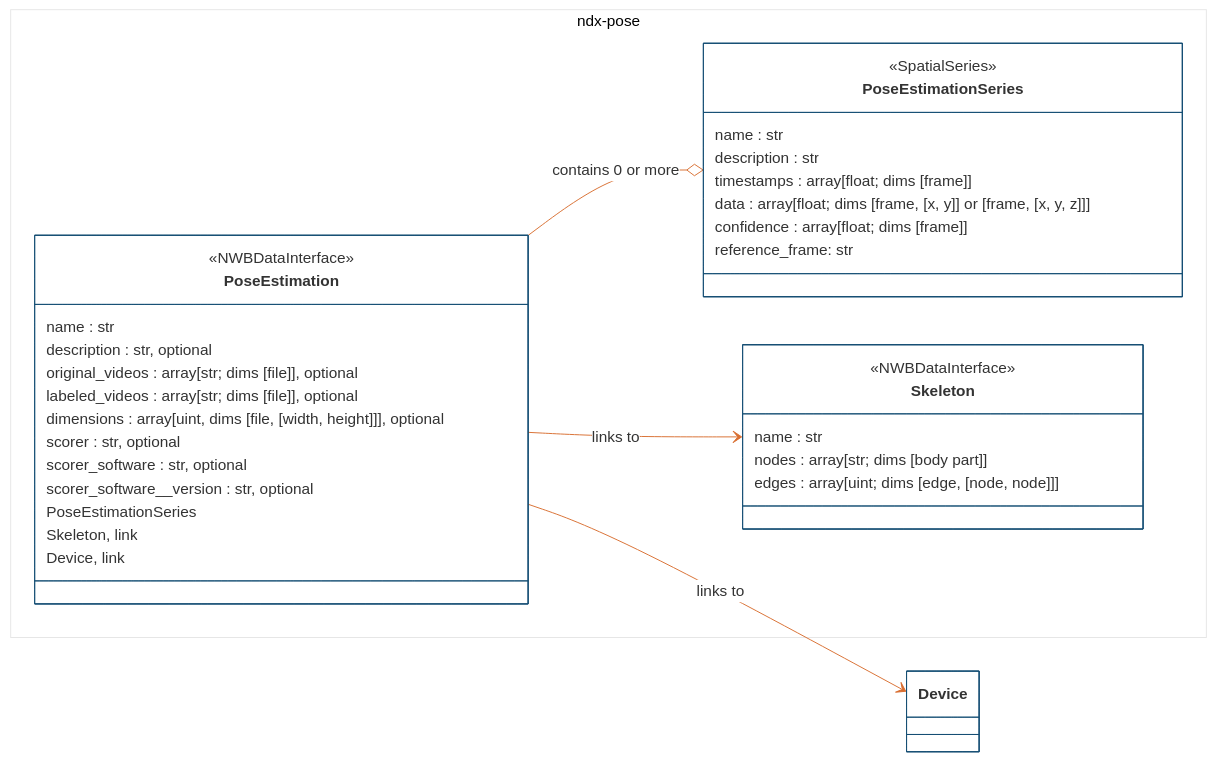
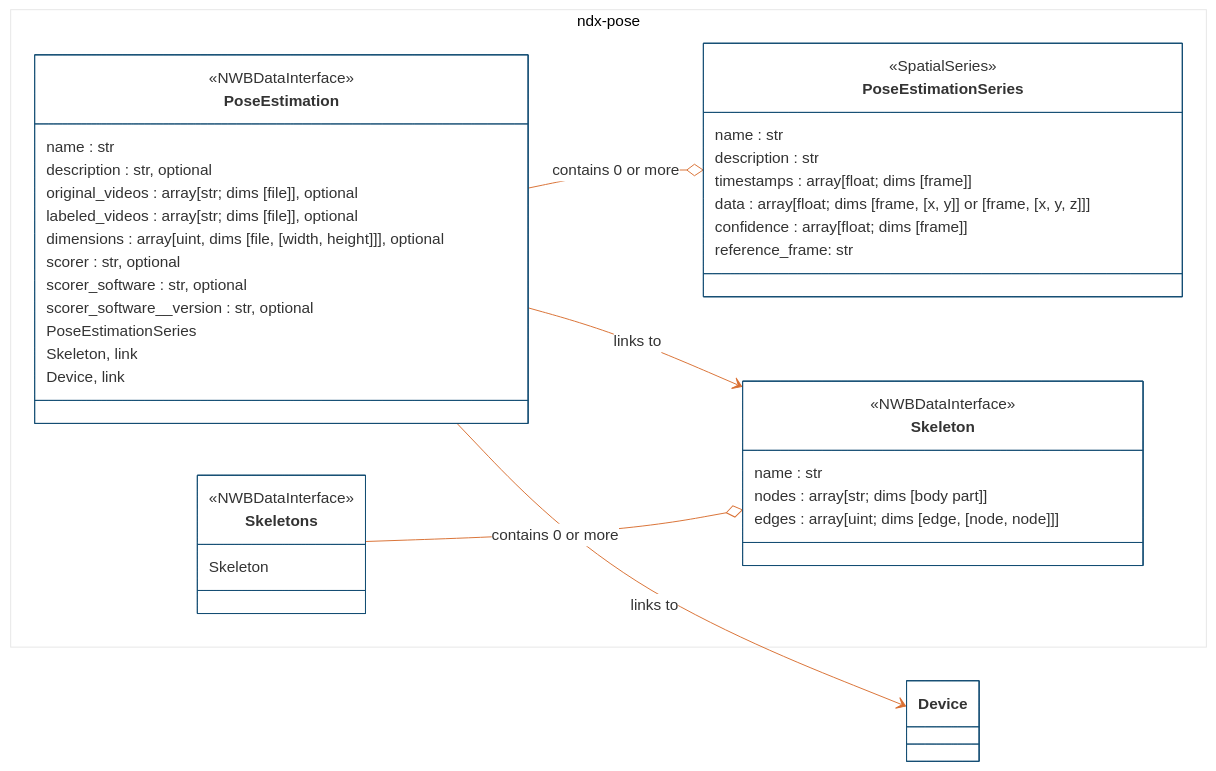
The first of 2 diagrams in README.md (rly/ndx-pose), drawn with Mermaid before and after one commit.

Commit message:
Add `Skeletons` to non-training mermaid diagram (#39)

````diff
--- a/README.md
+++ b/README.md
@@ -83,46 +83,52 @@
 ```mermaid
 %%{init: {'theme': 'base', 'themeVariables': {'primaryColor': '#ffffff', "primaryBorderColor': '#144E73', 'lineColor': '#D96F32'}}}%%
 
 classDiagram
     direction LR
     namespace ndx-pose {
         class PoseEstimationSeries{
             <<SpatialSeries>>
             name : str
             description : str
             timestamps : array[float; dims [frame]]
             data : array[float; dims [frame, [x, y]] or [frame, [x, y, z]]]
             confidence : array[float; dims [frame]]
             reference_frame: str
         }
 
         class PoseEstimation {
             <<NWBDataInterface>>
             name : str
             description : str, optional
             original_videos : array[str; dims [file]], optional
             labeled_videos : array[str; dims [file]], optional
             dimensions : array[uint, dims [file, [width, height]]], optional
             scorer : str, optional
             scorer_software : str, optional
             scorer_software__version : str, optional
             PoseEstimationSeries
             Skeleton, link
             Device, link
         }
 
+        class Skeletons {
+            <<NWBDataInterface>>
+            Skeleton
+        }
+
         class Skeleton {
             <<NWBDataInterface>>
             name : str
             nodes : array[str; dims [body part]]
             edges : array[uint; dims [edge, [node, node]]]
         }
 
     }
 
     class Device
 
     PoseEstimation --o PoseEstimationSeries : contains 0 or more
     PoseEstimation --> Skeleton : links to
     PoseEstimation --> Device : links to
+    Skeletons --o Skeleton : contains 0 or more
 ```
````
